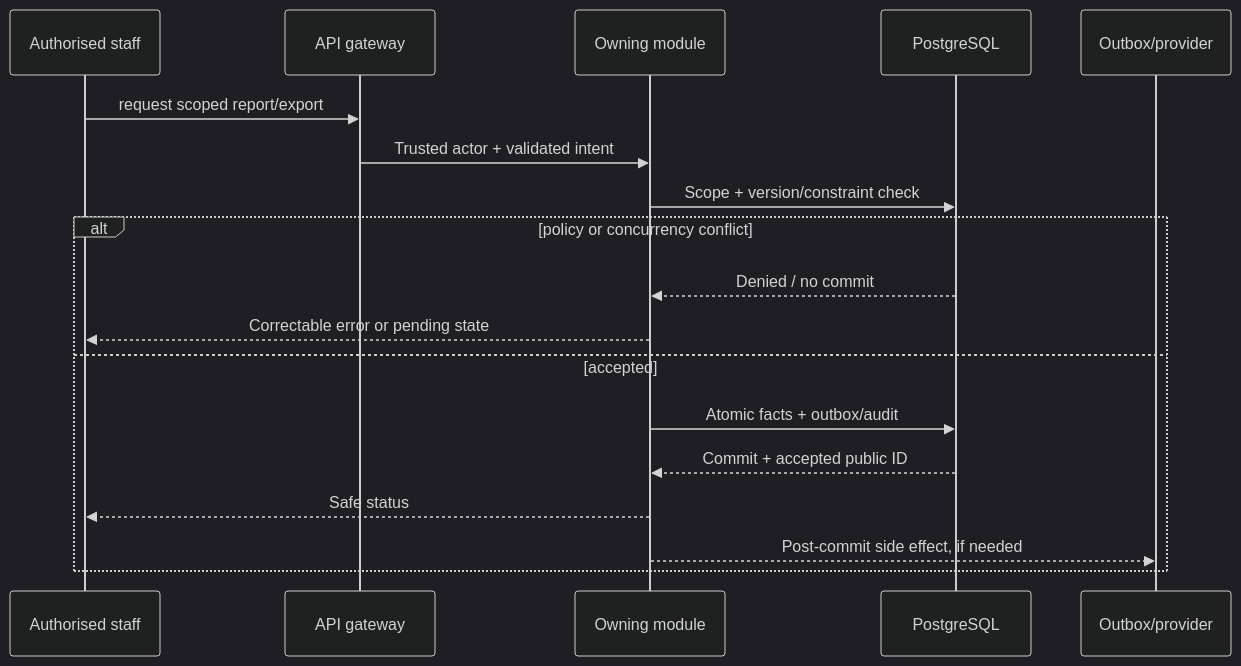
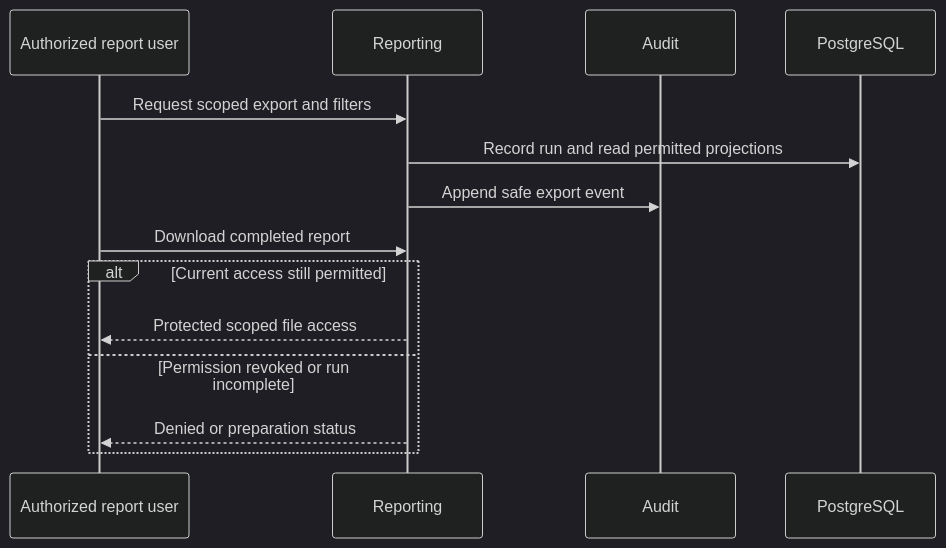
One commit to shiladityamajumder/pharmville-docs changed the diagram in 06-Workflows/WF-012-Report-Export-and-Audit.md. Above: the diagram before and after it, drawn with Mermaid (dark theme). The commit also changed other lines of this file and 158 other files, not shown here.

Commit message:
docs: add business guides, fix Mermaid diagrams, improve traceability and automate validation

````diff
--- a/06-Workflows/WF-012-Report-Export-and-Audit.md
+++ b/06-Workflows/WF-012-Report-Export-and-Audit.md
@@ -31,20 +26,16 @@
 ```mermaid
 sequenceDiagram
-  participant A as Authorised staff
-  participant API as API gateway
-  participant O as Owning module
-  participant PG as PostgreSQL
-  participant P as Outbox/provider
-  A->>API: request scoped report/export
-  API->>O: Trusted actor + validated intent
-  O->>PG: Scope + version/constraint check
-  alt policy or concurrency conflict
-    PG-->>O: Denied / no commit
-    O-->>A: Correctable error or pending state
-  else accepted
-    O->>PG: Atomic facts + outbox/audit
-    PG-->>O: Commit + accepted public ID
-    O-->>A: Safe status
-    O-->>P: Post-commit side effect, if needed
+  participant C as Authorized report user
+  participant O as Reporting
+  participant S as Audit
+  participant D as PostgreSQL
+  C->>O: Request scoped export and filters
+  O->>D: Record run and read permitted projections
+  O->>S: Append safe export event
+  C->>O: Download completed report
+  alt Current access still permitted
+    O-->>C: Protected scoped file access
+  else Permission revoked or run incomplete
+    O-->>C: Denied or preparation status
   end
 ```
````
